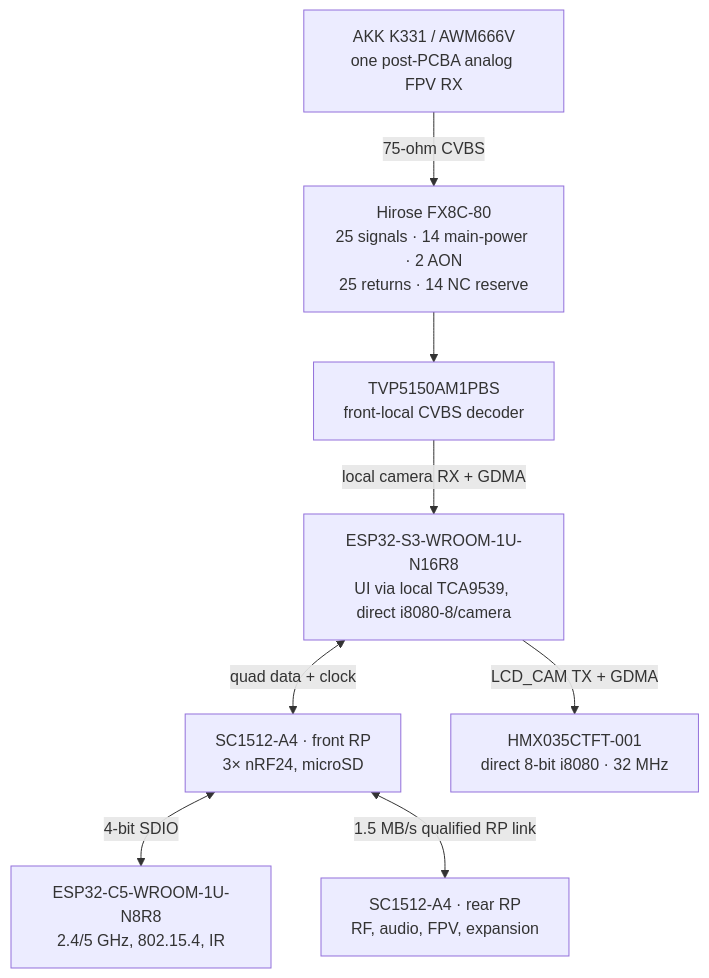
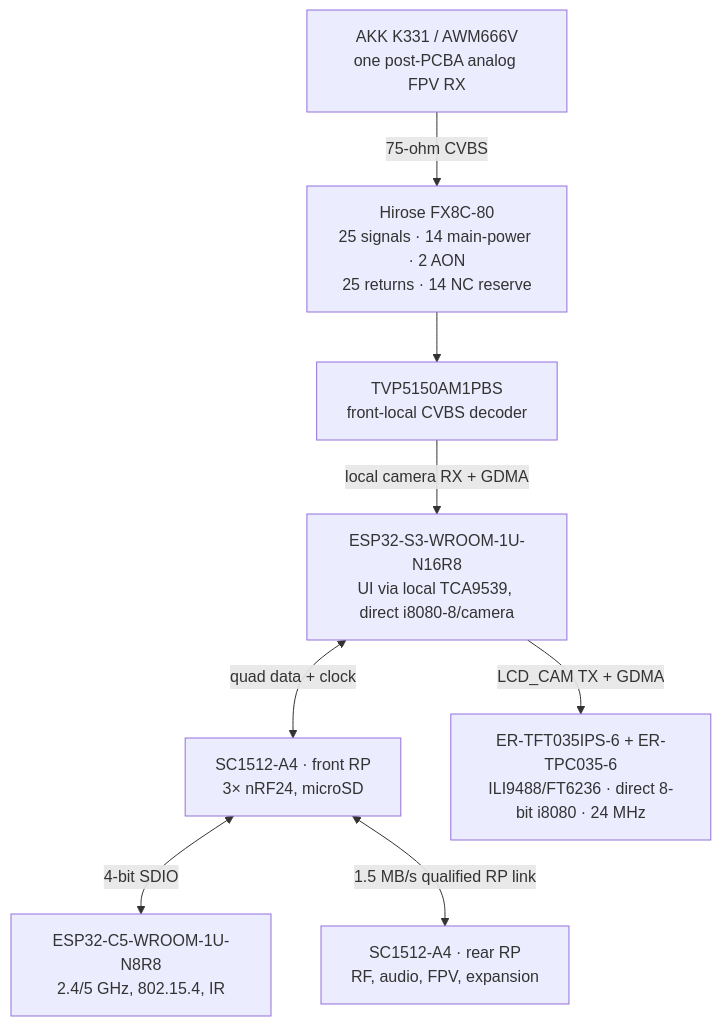
One commit to anton-vinogradov/esp32-leshy2 changed the diagram in docs/schematics.md. Above: the diagram before and after it, drawn with Mermaid. The commit also changed other lines of this file and 147 other files, not shown here.

````diff
--- a/docs/schematics.md
+++ b/docs/schematics.md
@@ -34,19 +33,19 @@
 ```mermaid
 flowchart TD
   S3["ESP32-S3-WROOM-1U-N16R8<br/>UI via local TCA9539, direct i8080-8/camera"]
   C5["ESP32-C5-WROOM-1U-N8R8<br/>2.4/5 GHz, 802.15.4, IR"]
   FRP["SC1512-A4 · front RP<br/>3× nRF24, microSD"]
   RRP["SC1512-A4 · rear RP<br/>RF, audio, FPV, expansion"]
   TVP["TVP5150AM1PBS<br/>front-local CVBS decoder"]
   K331["AKK K331 / AWM666V<br/>one post-PCBA analog FPV RX"]
-  LCD["HMX035CTFT-001<br/>direct 8-bit i8080 · 32 MHz"]
+  LCD["ER-TFT035IPS-6 + ER-TPC035-6<br/>ILI9488/FT6236 · direct 8-bit i8080 · 24 MHz"]
   M1["Hirose FX8C-80<br/>25 signals · 14 main-power · 2 AON<br/>25 returns · 14 NC reserve"]
 
   S3 -->|"LCD_CAM TX + GDMA"| LCD
   S3 <-->|"quad data + clock"| FRP
   FRP <-->|"4-bit SDIO"| C5
   FRP <-->|"1.5 MB/s qualified RP link"| RRP
   K331 -->|"75-ohm CVBS"| M1
   M1 --> TVP
   TVP -->|"local camera RX + GDMA"| S3
 ```
````
